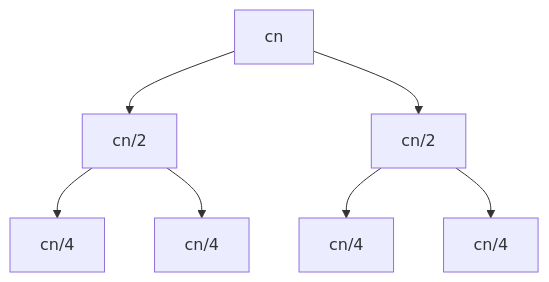
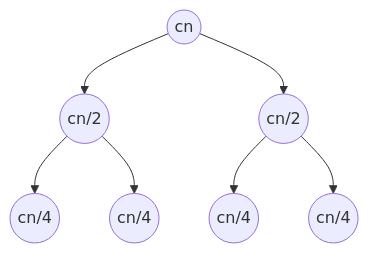
The diagram in docs/notes/IntroductionToAlgorithm/Fundation.md (PaPa-jun/MeNeither), drawn with Mermaid before and after one commit. The commit also changed 2 other files, not shown here.

Commit message:
Finish alg: Black Red Tree

````diff
--- a/docs/notes/IntroductionToAlgorithm/Fundation.md
+++ b/docs/notes/IntroductionToAlgorithm/Fundation.md
@@ -167,9 +167,9 @@
 ``` mermaid
 graph TD;
-    A[cn] --> B[cn/2]
-    A --> C[cn/2]
-    B --> D[cn/4]
-    B --> E[cn/4]
-    C --> F[cn/4]
-    C --> G[cn/4]
+    A((cn)) --> B((cn/2))
+    A --> C((cn/2))
+    B --> D((cn/4))
+    B --> E((cn/4))
+    C --> F((cn/4))
+    C --> G((cn/4))
 ```
````
